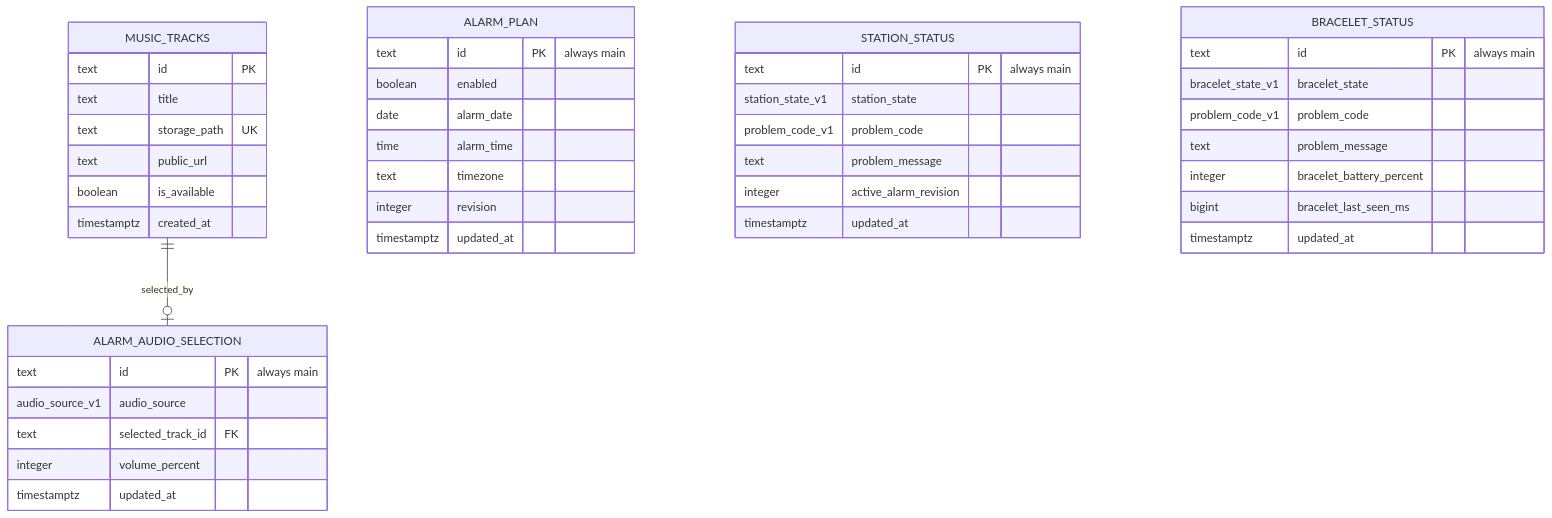
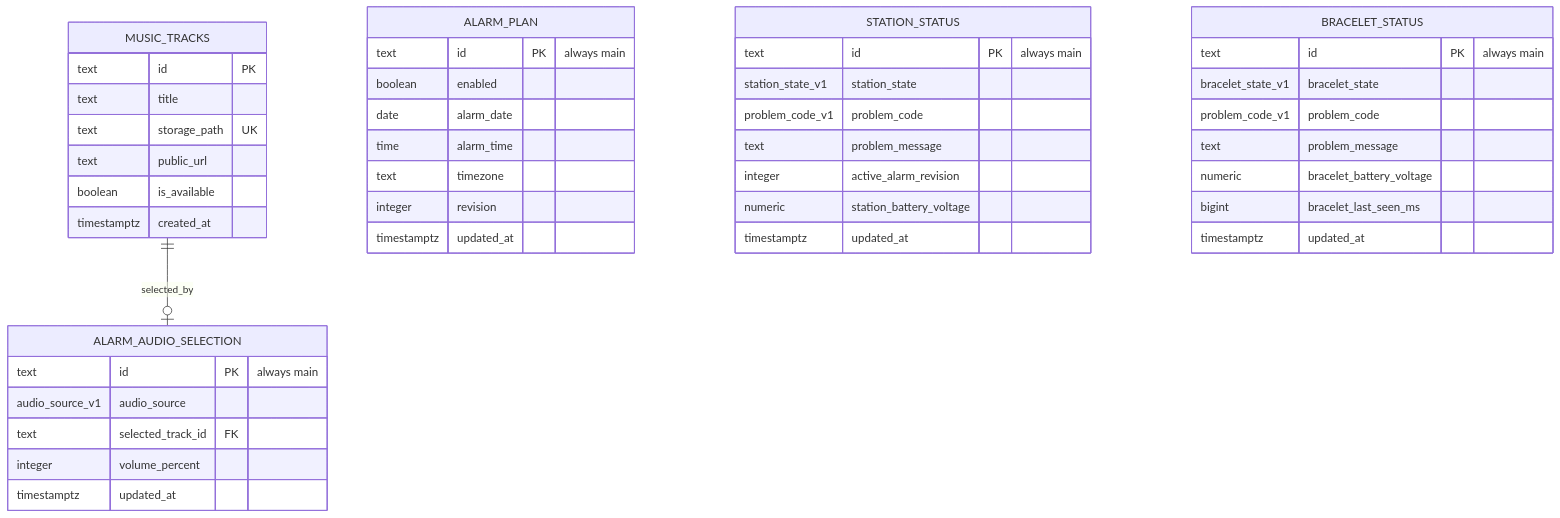
Before and after one commit to Jzn-wbr/Starter: the diagram in database/supabase/README.md, drawn with Mermaid. The commit also changed 16 other files, not shown here.

````diff
--- a/database/supabase/README.md
+++ b/database/supabase/README.md
@@ -33,50 +33,51 @@
 ```mermaid
 erDiagram
   MUSIC_TRACKS {
     text id PK
     text title
     text storage_path UK
     text public_url
     boolean is_available
     timestamptz created_at
   }
 
   ALARM_PLAN {
     text id PK "always main"
     boolean enabled
     date alarm_date
     time alarm_time
     text timezone
     integer revision
     timestamptz updated_at
   }
 
   ALARM_AUDIO_SELECTION {
     text id PK "always main"
     audio_source_v1 audio_source
     text selected_track_id FK
     integer volume_percent
     timestamptz updated_at
   }
 
   STATION_STATUS {
     text id PK "always main"
     station_state_v1 station_state
     problem_code_v1 problem_code
     text problem_message
     integer active_alarm_revision
+    numeric station_battery_voltage
     timestamptz updated_at
   }
 
   BRACELET_STATUS {
     text id PK "always main"
     bracelet_state_v1 bracelet_state
     problem_code_v1 problem_code
     text problem_message
-    integer bracelet_battery_percent
+    numeric bracelet_battery_voltage
     bigint bracelet_last_seen_ms
     timestamptz updated_at
   }
 
   MUSIC_TRACKS ||--o| ALARM_AUDIO_SELECTION : selected_by
 ```
````
